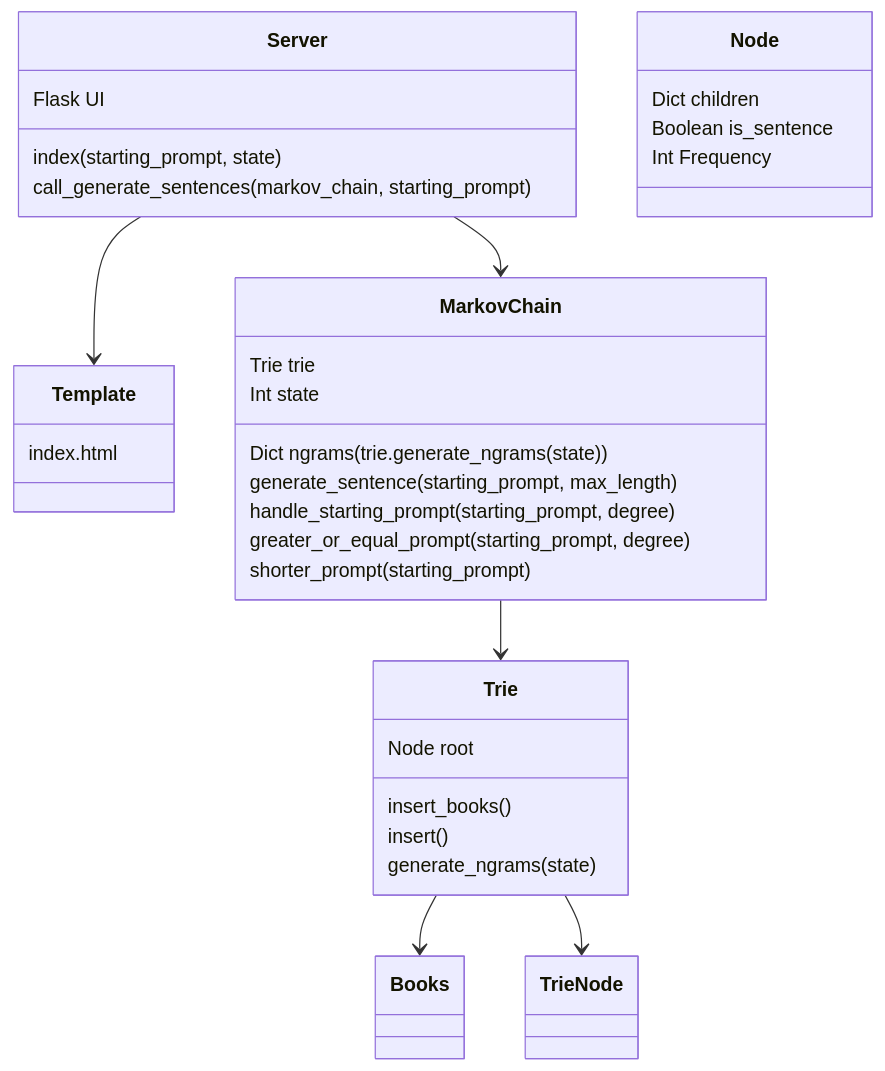
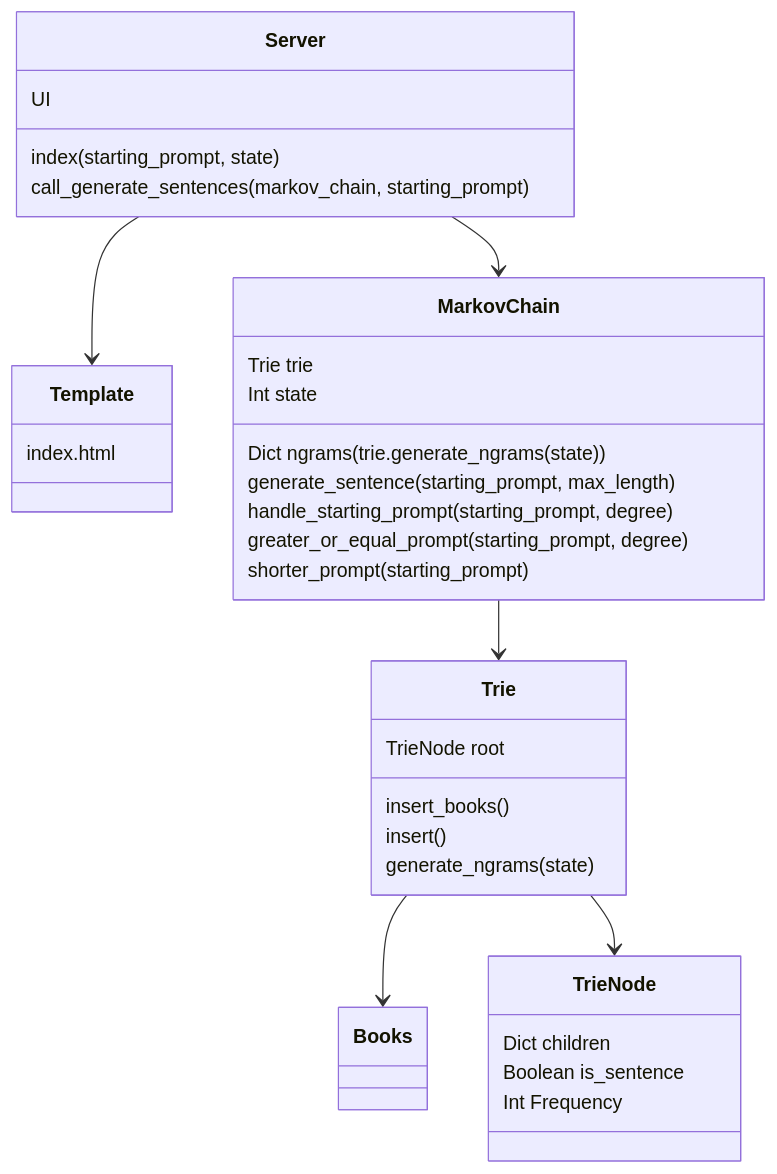
The diagram in documentation/implementation.md (kodtld/Markov-s-Letters), drawn with Mermaid before and after one commit.

````diff
--- a/documentation/implementation.md
+++ b/documentation/implementation.md
@@ -5,38 +5,38 @@
 ```mermaid
 classDiagram
   Server-->Template
   Server-->MarkovChain
   MarkovChain-->Trie
   Trie-->Books
   Trie-->TrieNode
 
   class TrieNode
-    Node: Dict children
-    Node: Boolean is_sentence
-    Node: Int Frequency
+    TrieNode: Dict children
+    TrieNode: Boolean is_sentence
+    TrieNode: Int Frequency
     
   class Trie
-    Trie: Node root
+    Trie: TrieNode root
     Trie: insert_books()
     Trie: insert()
     Trie: generate_ngrams(state)
   
   class MarkovChain
     MarkovChain: Trie trie
     MarkovChain: Int state
     MarkovChain: Dict ngrams(trie.generate_ngrams(state))
     MarkovChain: generate_sentence(starting_prompt, max_length)
     MarkovChain: handle_starting_prompt(starting_prompt, degree)
     MarkovChain: greater_or_equal_prompt(starting_prompt, degree)
     MarkovChain: shorter_prompt(starting_prompt)
 
-class Books
+  class Books
 
-class Server
-  Server: Flask UI
-  Server: index(starting_prompt, state)
-  Server: call_generate_sentences(markov_chain, starting_prompt)
-    
-class Template
-  Template: index.html
+  class Server
+    Server: UI
+    Server: index(starting_prompt, state)
+    Server: call_generate_sentences(markov_chain, starting_prompt)
+
+  class Template
+    Template: index.html
   ```
````
